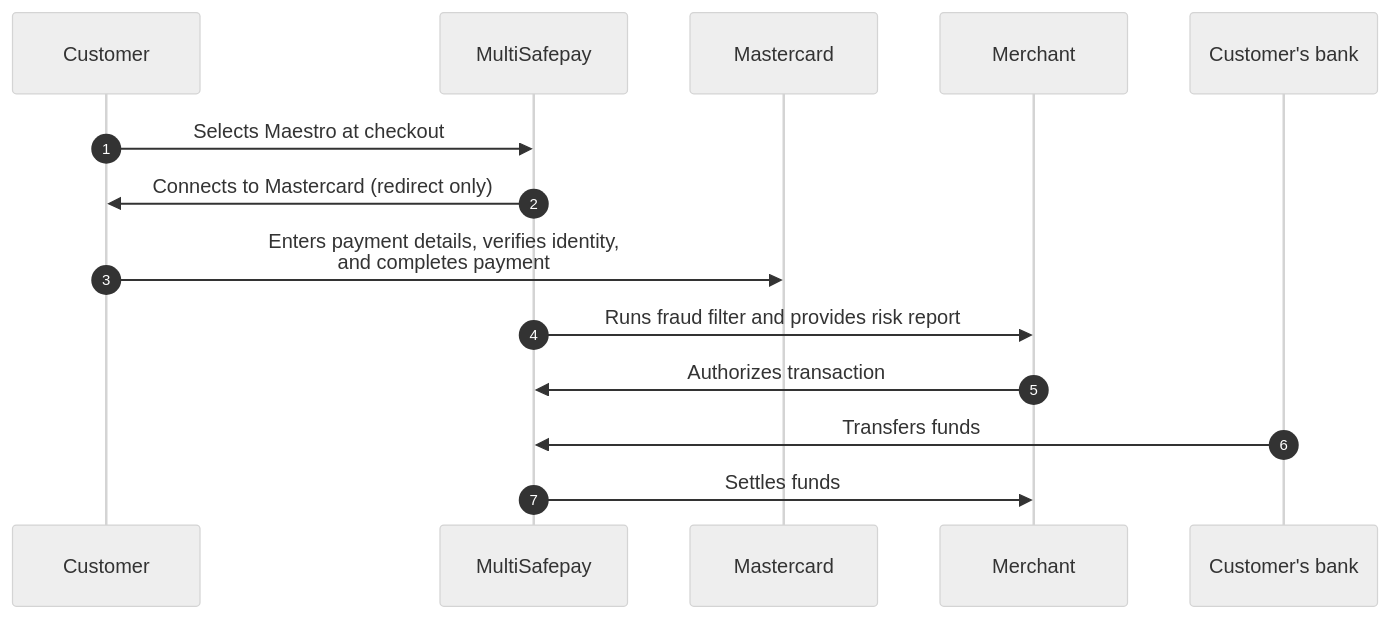
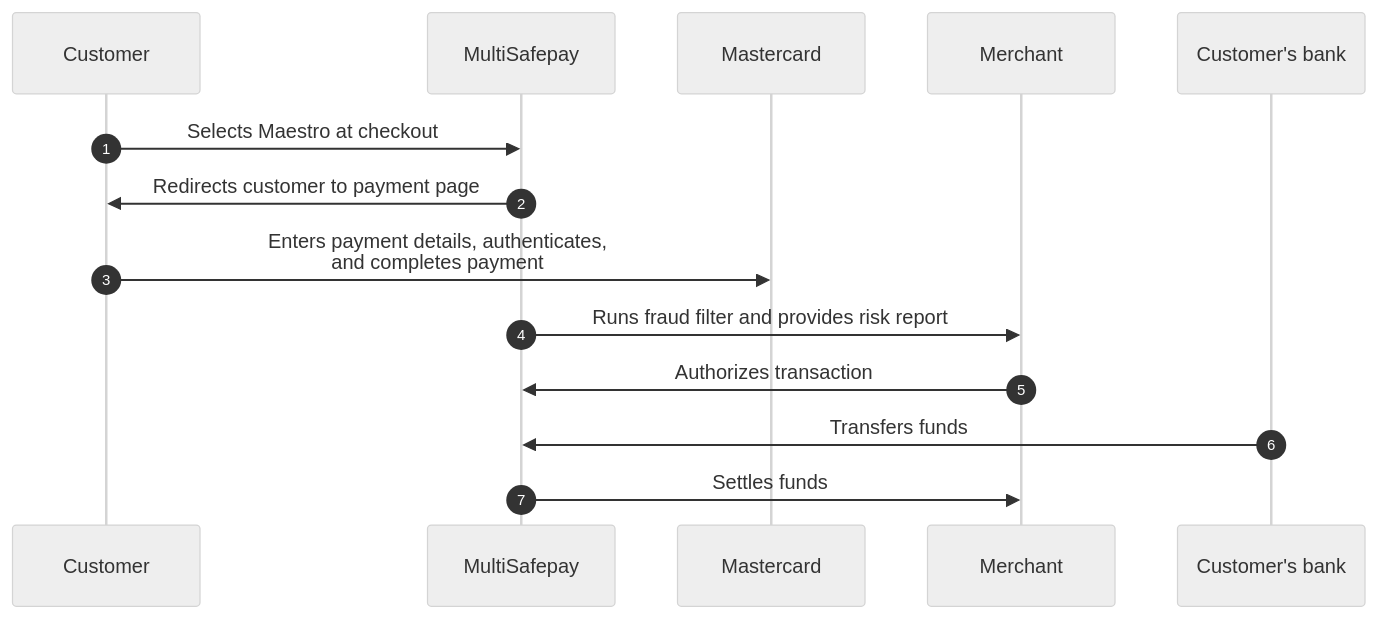
One commit to MultiSafepay/docs changed the diagram in content/payments/methods/credit-and-debit-cards/maestro/payment-flow.md. Above: the diagram before and after it, drawn with Mermaid (neutral theme). The commit also changed other lines of this file and 20 other files, not shown here.

```diff
--- a/content/payments/methods/credit-and-debit-cards/maestro/payment-flow.md
+++ b/content/payments/methods/credit-and-debit-cards/maestro/payment-flow.md
@@ -16,19 +16,19 @@
 {{< mermaid class="text-center" >}}
 
 sequenceDiagram
     autonumber
     participant C as Customer
     participant Mu as MultiSafepay
     participant Ma as Mastercard
     participant Me as Merchant
     participant CB as Customer's bank
 
     C->>Mu: Selects Maestro at checkout
-    Mu->>C: Connects to Mastercard (redirect only)
-    C->>Ma: Enters payment details, verifies identity, <br> and completes payment
+    Mu->>C: Redirects customer to payment page
+    C->>Ma: Enters payment details, authenticates, <br> and completes payment
     Mu->>Me: Runs fraud filter and provides risk report
     Me->>Mu: Authorizes transaction
     CB->>Mu: Transfers funds 
     Mu->>Me: Settles funds
 
 {{< /mermaid >}}
```
